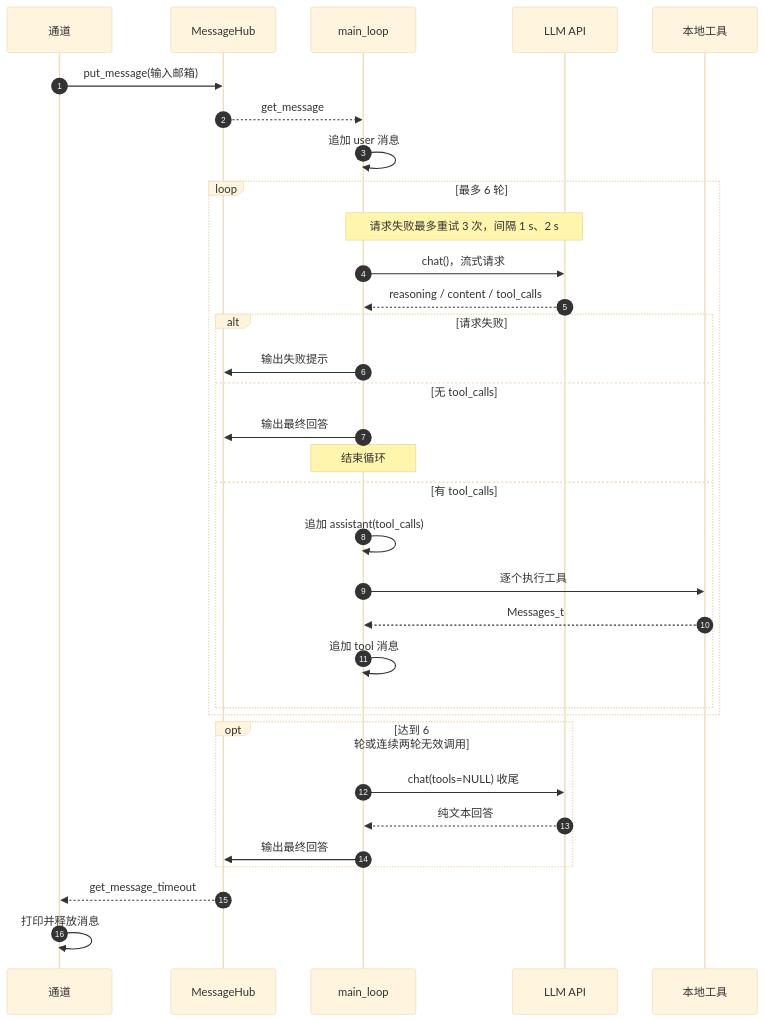
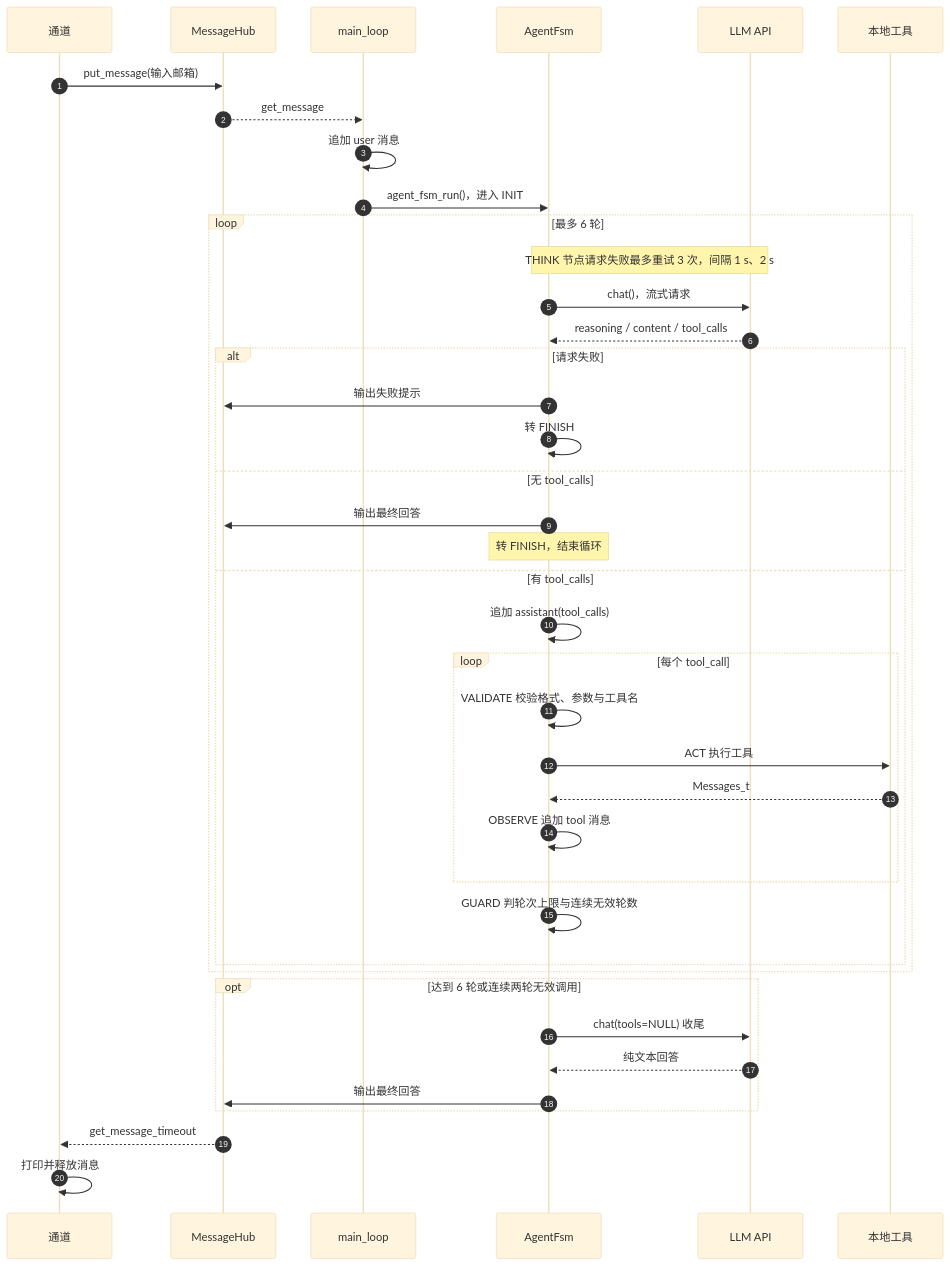
One commit to CXSforHPU/Agent changed the first of 2 diagrams in docs/framework.md. Above: the diagram before and after it, drawn with Mermaid (base theme). The commit also changed other lines of this file and 9 other files, not shown here.

````diff
--- a/docs/framework.md
+++ b/docs/framework.md
@@ -340,40 +383,47 @@
 ```mermaid
 sequenceDiagram
     autonumber
     participant CH as 通道
     participant MB as MessageHub
     participant ML as main_loop
+    participant FSM as AgentFsm
     participant LLM as LLM API
     participant TL as 本地工具
 
     CH->>MB: put_message(输入邮箱)
     MB-->>ML: get_message
     ML->>ML: 追加 user 消息
+    ML->>FSM: agent_fsm_run()，进入 INIT
 
     loop 最多 6 轮
-        Note over ML,LLM: 请求失败最多重试 3 次，间隔 1 s、2 s
-        ML->>LLM: chat()，流式请求
-        LLM-->>ML: reasoning / content / tool_calls
+        Note over FSM,LLM: THINK 节点请求失败最多重试 3 次，间隔 1 s、2 s
+        FSM->>LLM: chat()，流式请求
+        LLM-->>FSM: reasoning / content / tool_calls
 
         alt 请求失败
-            ML->>MB: 输出失败提示
+            FSM->>MB: 输出失败提示
+            FSM->>FSM: 转 FINISH
         else 无 tool_calls
-            ML->>MB: 输出最终回答
-            Note over ML: 结束循环
+            FSM->>MB: 输出最终回答
+            Note over FSM: 转 FINISH，结束循环
         else 有 tool_calls
-            ML->>ML: 追加 assistant(tool_calls)
-            ML->>TL: 逐个执行工具
-            TL-->>ML: Messages_t
-            ML->>ML: 追加 tool 消息
+            FSM->>FSM: 追加 assistant(tool_calls)
+            loop 每个 tool_call
+                FSM->>FSM: VALIDATE 校验格式、参数与工具名
+                FSM->>TL: ACT 执行工具
+                TL-->>FSM: Messages_t
+                FSM->>FSM: OBSERVE 追加 tool 消息
+            end
+            FSM->>FSM: GUARD 判轮次上限与连续无效轮数
         end
     end
 
     opt 达到 6 轮或连续两轮无效调用
-        ML->>LLM: chat(tools=NULL) 收尾
-        LLM-->>ML: 纯文本回答
-        ML->>MB: 输出最终回答
+        FSM->>LLM: chat(tools=NULL) 收尾
+        LLM-->>FSM: 纯文本回答
+        FSM->>MB: 输出最终回答
     end
 
     MB-->>CH: get_message_timeout
     CH->>CH: 打印并释放消息
 ```
````
